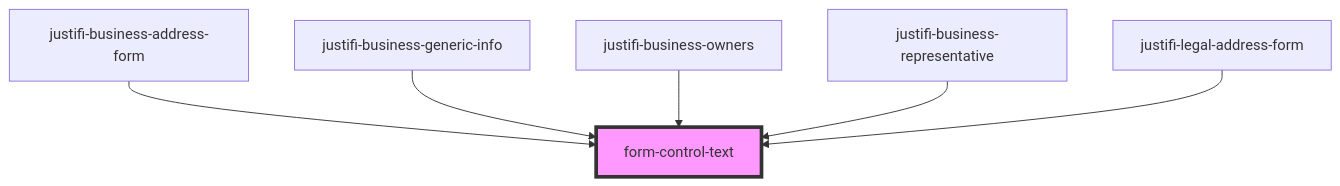
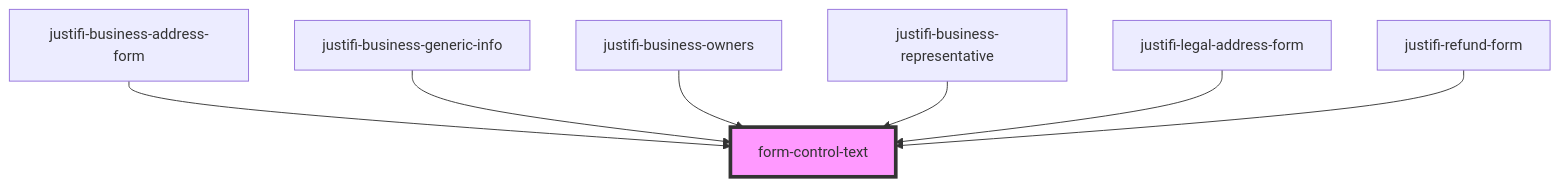
One commit to justifi-tech/web-component-library changed the diagram in stencil-library/src/components/form/readme.md. Above: the diagram before and after it, drawn with Mermaid. The commit also changed other lines of this file and 25 other files, not shown here.

````diff
--- a/stencil-library/src/components/form/readme.md
+++ b/stencil-library/src/components/form/readme.md
@@ -46,9 +47,10 @@
 ```mermaid
 graph TD;
   justifi-business-address-form --> form-control-text
   justifi-business-generic-info --> form-control-text
   justifi-business-owners --> form-control-text
   justifi-business-representative --> form-control-text
   justifi-legal-address-form --> form-control-text
+  justifi-refund-form --> form-control-text
   style form-control-text fill:#f9f,stroke:#333,stroke-width:4px
 ```
````
